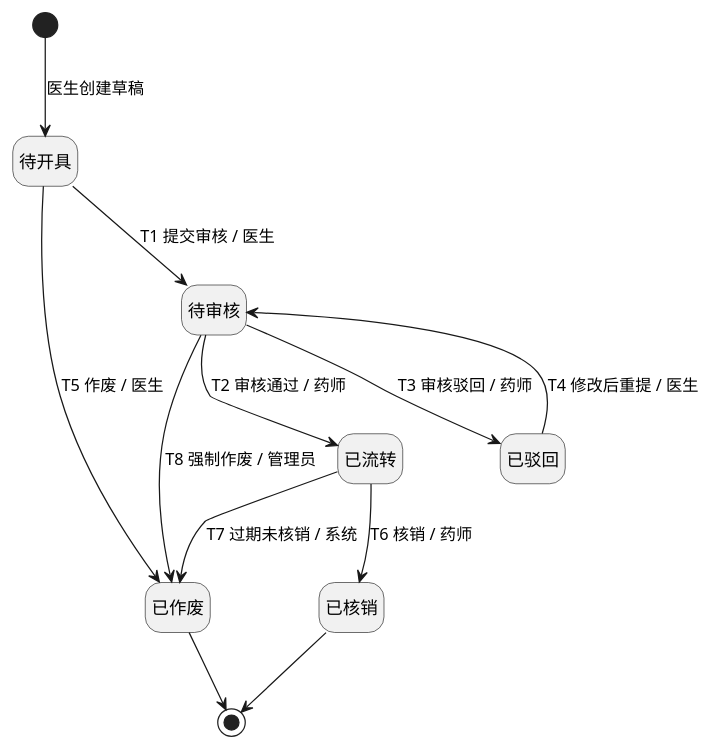
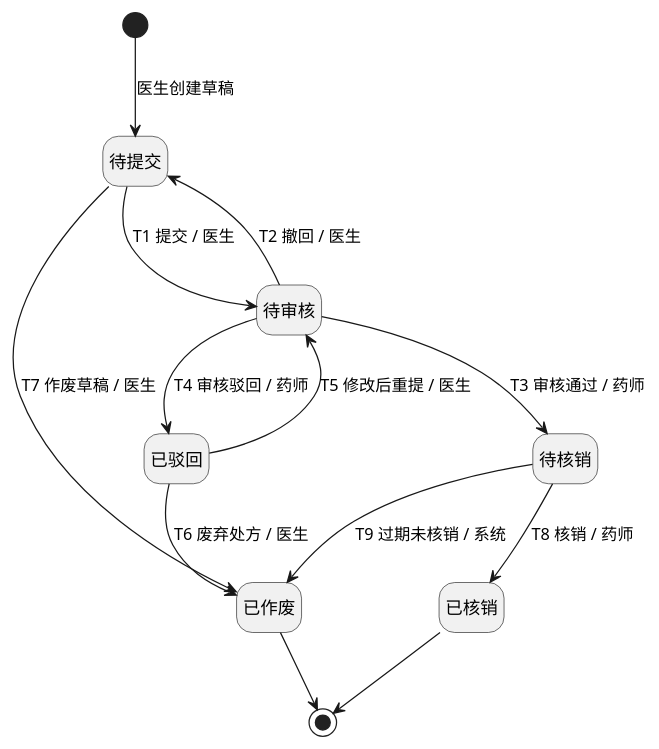
One commit to RefuseIOT/MedicinePlatform changed the diagram in docs/diagrams/state-prescription.puml. Above: the diagram before and after it, drawn with PlantUML. The commit also changed 3 other files, not shown here.

```diff
--- a/docs/diagrams/state-prescription.puml
+++ b/docs/diagrams/state-prescription.puml
@@ -1,16 +1,17 @@
 @startuml 处方状态图
 hide empty description
 
-[*] --> 待开具 : 医生创建草稿
-待开具 --> 待审核 : T1 提交审核 / 医生
-待审核 --> 已流转 : T2 审核通过 / 药师
-待审核 --> 已驳回 : T3 审核驳回 / 药师
-已驳回 --> 待审核 : T4 修改后重提 / 医生
-待开具 --> 已作废 : T5 作废 / 医生
-已流转 --> 已核销 : T6 核销 / 药师
-已流转 --> 已作废 : T7 过期未核销 / 系统
-待审核 --> 已作废 : T8 强制作废 / 管理员
+[*] --> 待提交 : 医生创建草稿
+待提交 --> 待审核 : T1 提交 / 医生
+待审核 --> 待提交 : T2 撤回 / 医生
+待审核 --> 待核销 : T3 审核通过 / 药师
+待审核 --> 已驳回 : T4 审核驳回 / 药师
+已驳回 --> 待审核 : T5 修改后重提 / 医生
+已驳回 --> 已作废 : T6 废弃处方 / 医生
+待提交 --> 已作废 : T7 作废草稿 / 医生
+待核销 --> 已核销 : T8 核销 / 药师
+待核销 --> 已作废 : T9 过期未核销 / 系统
 
 已核销 --> [*]
 已作废 --> [*]
 @enduml
```
